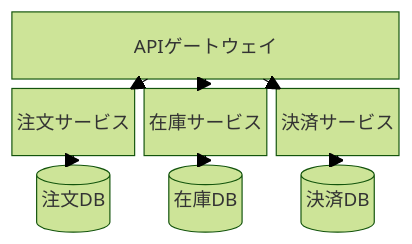
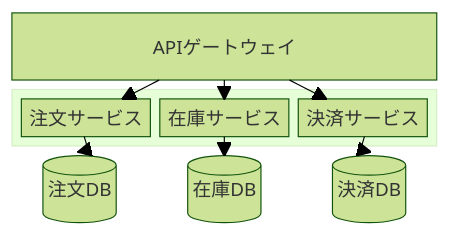
One commit to daidaiiro-519/has-udd changed the third of 4 diagrams in .claude/skills/mermaid-guide/references/pattern-block.md. Above: the diagram before and after it, drawn with Mermaid (forest theme). The commit also changed other lines of this file and 26 other files, not shown here.

````diff
--- a/.claude/skills/mermaid-guide/references/pattern-block.md
+++ b/.claude/skills/mermaid-guide/references/pattern-block.md
@@ -59,13 +179,16 @@
 ```mermaid
 block-beta
     columns 3
     GW["APIゲートウェイ"]:3
-    OS["注文サービス"] IS["在庫サービス"] PS["決済サービス"]
+    block:services:3
+        columns 3
+        OS["注文サービス"] IS["在庫サービス"] PS["決済サービス"]
+    end
     DB1[("注文DB")] DB2[("在庫DB")] DB3[("決済DB")]
     GW --> OS
     GW --> IS
     GW --> PS
     OS --> DB1
     IS --> DB2
     PS --> DB3
 ```
````
